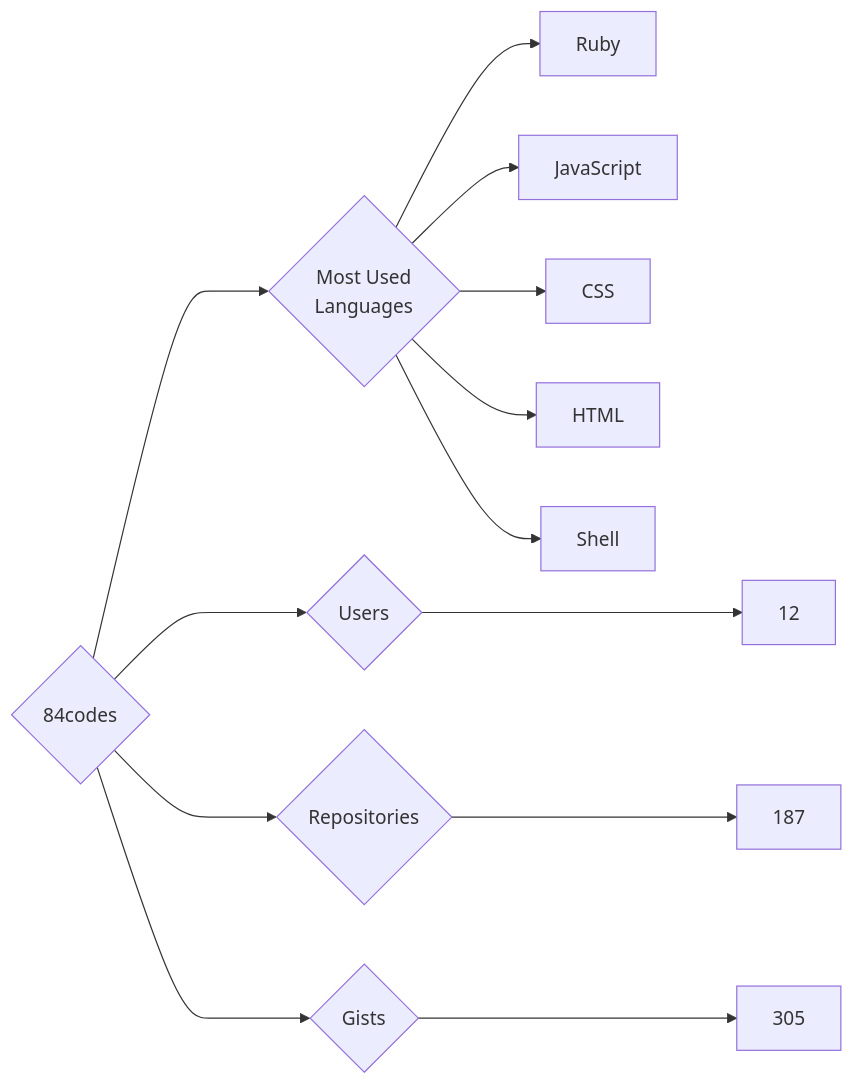
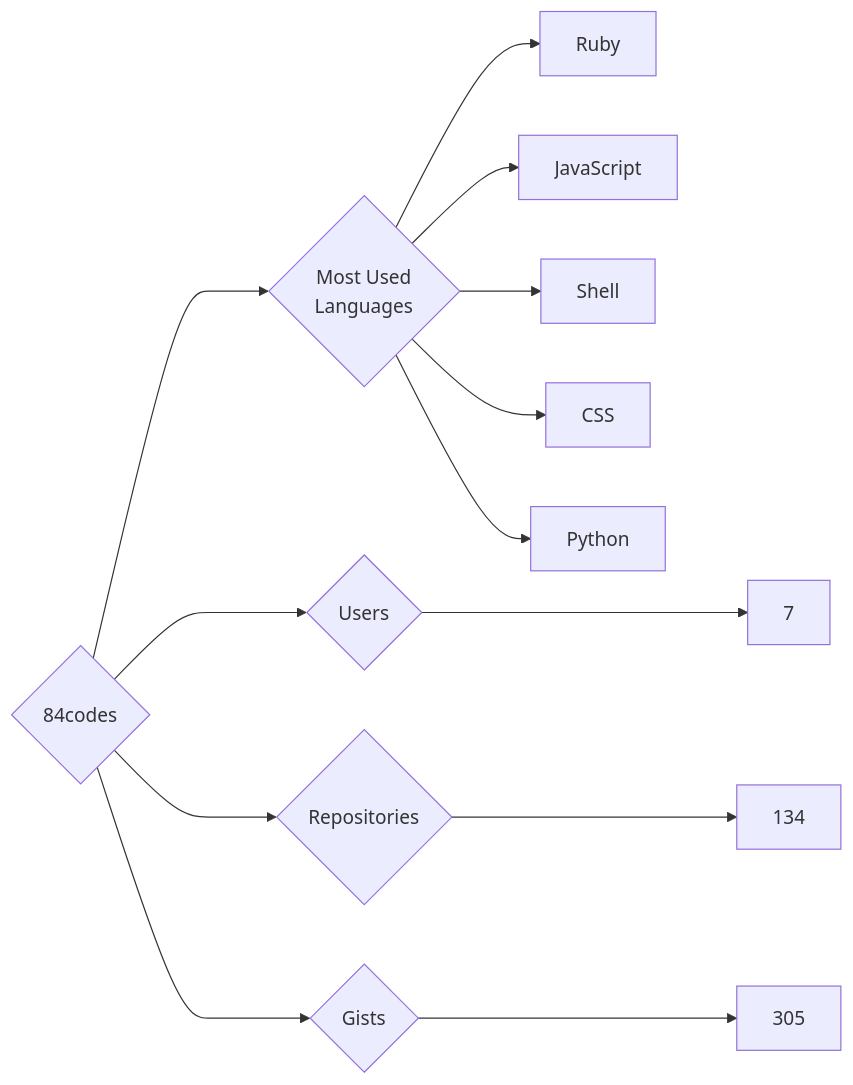
One commit to trickest/insiders changed the diagram in targets/84codes/README.md. Above: the diagram before and after it, drawn with Mermaid. The commit also changed 688 other files, not shown here.

````diff
--- a/targets/84codes/README.md
+++ b/targets/84codes/README.md
@@ -3,13 +3,13 @@
 ```mermaid
 graph LR
 COMPANY_NAME{84codes}
-COMPANY_NAME ---> U{Users} ---> UN[12]
-COMPANY_NAME ---> R{Repositories} ---> RN[187]
+COMPANY_NAME ---> U{Users} ---> UN[7]
+COMPANY_NAME ---> R{Repositories} ---> RN[134]
 COMPANY_NAME ---> G{Gists} ---> GN[305]
 COMPANY_NAME ---> ML{Most Used<br>Languages}
 ML --> Ruby[Ruby]
 ML --> JavaScript[JavaScript]
+ML --> Shell[Shell]
 ML --> CSS[CSS]
-ML --> HTML[HTML]
-ML --> Shell[Shell]
+ML --> Python[Python]
 ```
````
